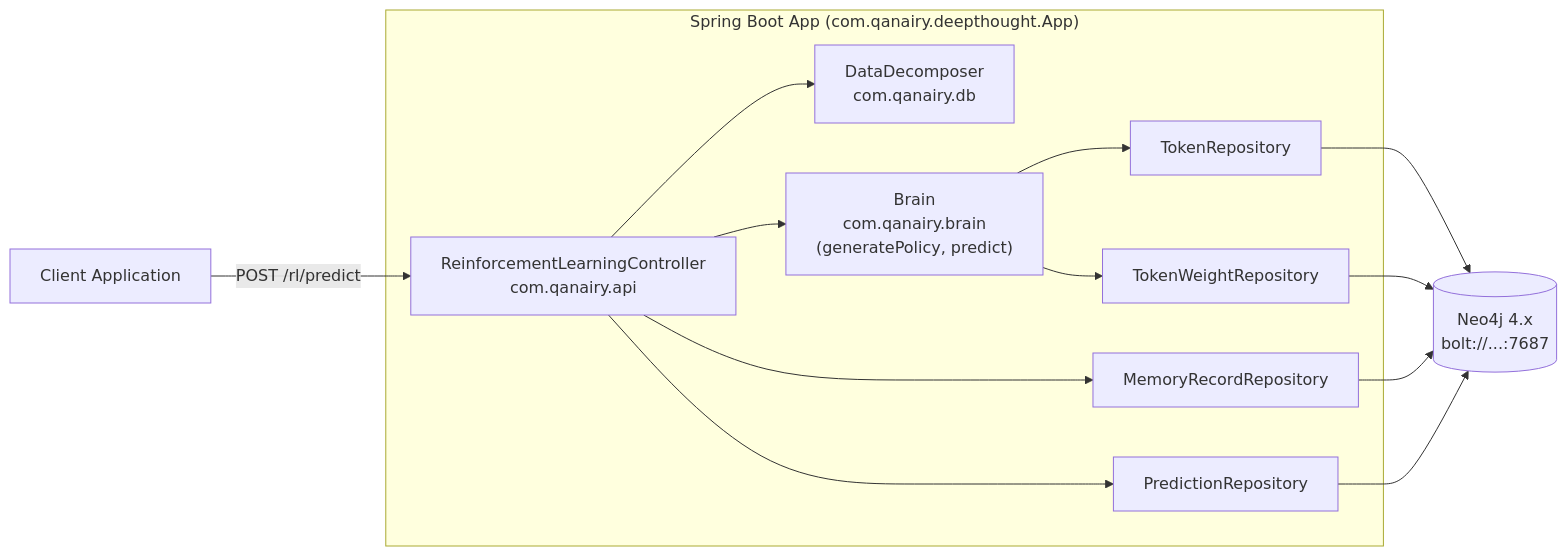
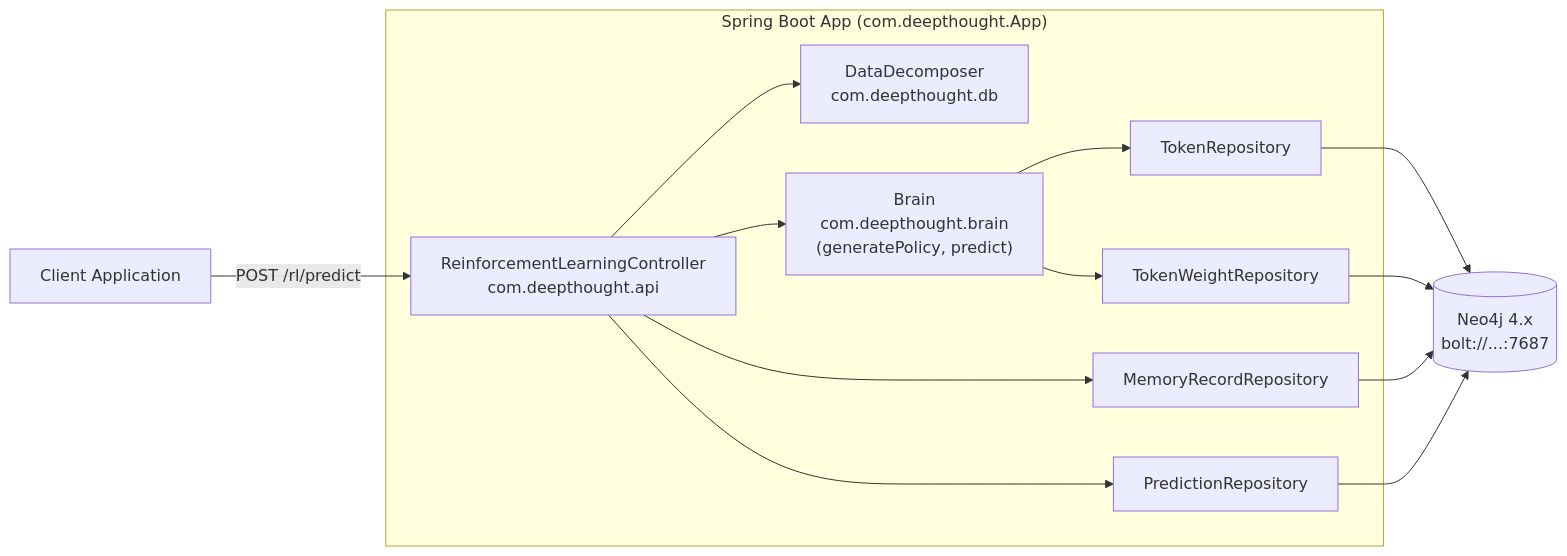
Before and after one commit to brandonkindred/Deepthought: the first of 4 diagrams in docs/PREDICT_ENDPOINT.md, drawn with Mermaid. The commit also changed other lines of this file and 41 other files, not shown here.

First line of the commit message:
refactor: replace all qanairy references with deepthought

````diff
--- a/docs/PREDICT_ENDPOINT.md
+++ b/docs/PREDICT_ENDPOINT.md
@@ -42,26 +42,26 @@
 ```mermaid
 flowchart LR
     Client["Client Application"]
-    subgraph Spring["Spring Boot App (com.qanairy.deepthought.App)"]
-        Controller["ReinforcementLearningController<br/>com.qanairy.api"]
-        Decomposer["DataDecomposer<br/>com.qanairy.db"]
-        Brain["Brain<br/>com.qanairy.brain<br/>(generatePolicy, predict)"]
+    subgraph Spring["Spring Boot App (com.deepthought.App)"]
+        Controller["ReinforcementLearningController<br/>com.deepthought.api"]
+        Decomposer["DataDecomposer<br/>com.deepthought.db"]
+        Brain["Brain<br/>com.deepthought.brain<br/>(generatePolicy, predict)"]
         TokenRepo["TokenRepository"]
         WeightRepo["TokenWeightRepository"]
         MemRepo["MemoryRecordRepository"]
         PredRepo["PredictionRepository"]
     end
     Neo4j[("Neo4j 4.x<br/>bolt://...:7687")]
 
     Client -- "POST /rl/predict" --> Controller
     Controller --> Decomposer
     Controller --> Brain
     Brain --> TokenRepo
     Brain --> WeightRepo
     Controller --> MemRepo
     Controller --> PredRepo
     TokenRepo --> Neo4j
     WeightRepo --> Neo4j
     MemRepo --> Neo4j
     PredRepo --> Neo4j
 ```
````
